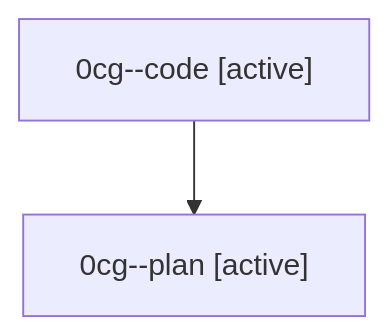
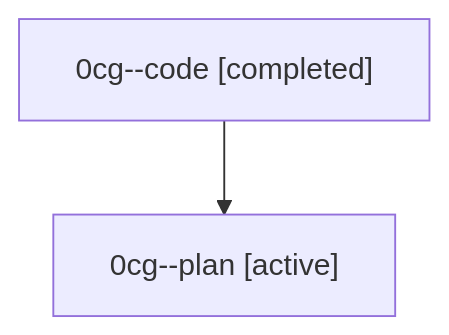
Before and after one commit to sase-org/sase--agents: the diagram in families/bbugyi200.athena.0cg.md, drawn with Mermaid. The commit also changed other lines of this file and 35830 other files, not shown here.

````diff
--- a/families/bbugyi200.athena.0cg.md
+++ b/families/bbugyi200.athena.0cg.md
@@ -9,6 +9,6 @@
 ```mermaid
 flowchart TD
-  n0["0cg--code [active]"]
+  n0["0cg--code [completed]"]
   n1["0cg--plan [active]"]
   n0 --> n1
 ```
````
